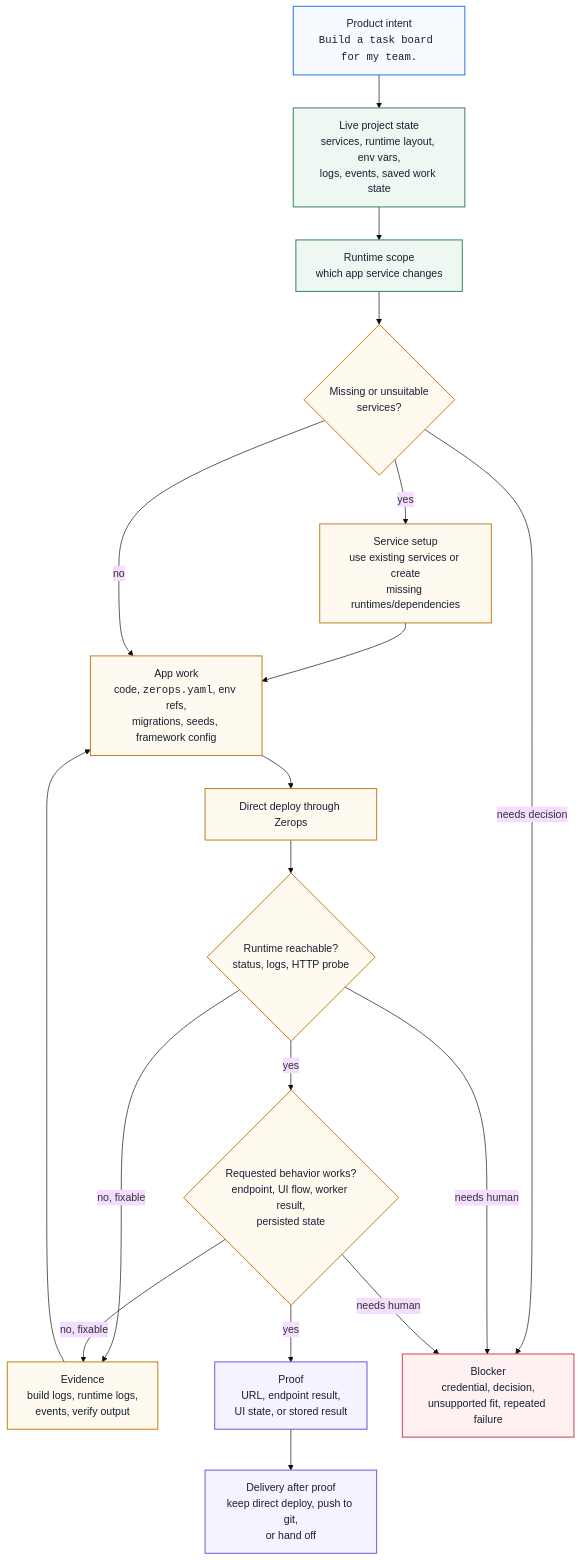
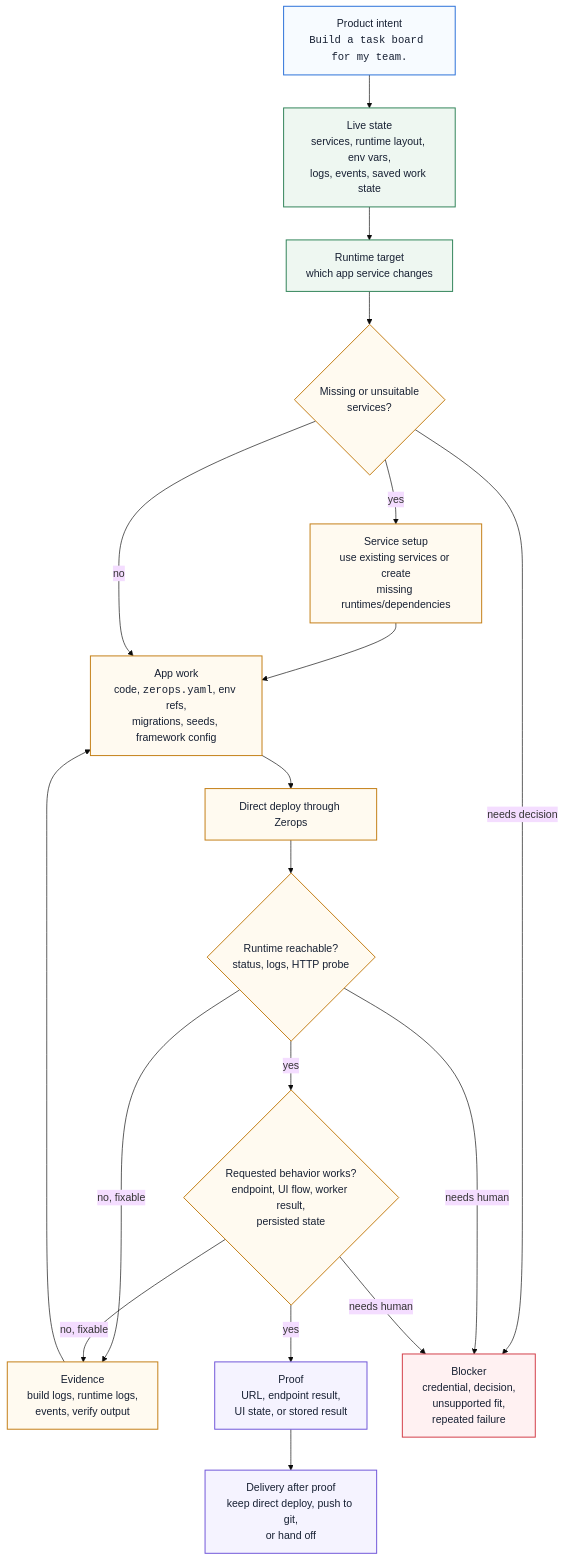
One commit to zeropsio/docs changed the diagram in apps/docs/content/zcp/concept/how-it-works.mdx. Above: the diagram before and after it, drawn with Mermaid (base theme). The commit also changed other lines of this file and 21 other files, not shown here.

````diff
--- a/apps/docs/content/zcp/concept/how-it-works.mdx
+++ b/apps/docs/content/zcp/concept/how-it-works.mdx
@@ -12,40 +12,40 @@
 ```mermaid
 flowchart TD
   intent["Product intent<br/><code>Build a task board for my team.</code>"]
-  state["Live project state<br/>services, runtime layout, env vars,<br/>logs, events, saved work state"]
-  scope["Runtime scope<br/>which app service changes"]
+  state["Live state<br/>services, runtime layout, env vars,<br/>logs, events, saved work state"]
+  scope["Runtime target<br/>which app service changes"]
   setup{"Missing or unsuitable<br/>services?"}
   provision["Service setup<br/>use existing services or create<br/>missing runtimes/dependencies"]
   appwork["App work<br/>code, <code>zerops.yaml</code>, env refs,<br/>migrations, seeds, framework config"]
   deploy["Direct deploy through Zerops"]
   reachability{"Runtime reachable?<br/>status, logs, HTTP probe"}
   behavior{"Requested behavior works?<br/>endpoint, UI flow, worker result,<br/>persisted state"}
   evidence["Evidence<br/>build logs, runtime logs,<br/>events, verify output"]
   proof["Proof<br/>URL, endpoint result,<br/>UI state, or stored result"]
   delivery["Delivery after proof<br/>keep direct deploy, push to git,<br/>or hand off"]
-  blocker["Blocker<br/>credential, decision,<br/>unsupported fit, repeated failure"]
+  blocker["Blocker<br/>credential, decision,<br/>unsupported fit,<br/>repeated failure"]
 
   intent --> state --> scope --> setup
   setup -->|yes| provision --> appwork
   setup -->|no| appwork
   appwork --> deploy --> reachability
   reachability -->|no, fixable| evidence --> appwork
   reachability -->|yes| behavior
   behavior -->|no, fixable| evidence
   behavior -->|yes| proof --> delivery
   setup -->|needs decision| blocker
   reachability -->|needs human| blocker
   behavior -->|needs human| blocker
 
   classDef user fill:#f7fbff,stroke:#2d72d9,stroke-width:1.5px,color:#172033;
   classDef zcpbox fill:#eef7f1,stroke:#32845a,stroke-width:1.5px,color:#172033;
   classDef work fill:#fffaf0,stroke:#c47f17,stroke-width:1.5px,color:#172033;
   classDef done fill:#f5f3ff,stroke:#7157d9,stroke-width:1.5px,color:#172033;
   classDef stop fill:#fff1f2,stroke:#d33f49,stroke-width:1.5px,color:#172033;
 
   class intent user;
   class state,scope zcpbox;
   class setup,provision,appwork,deploy,reachability,behavior,evidence work;
   class proof,delivery done;
   class blocker stop;
 ```
````
